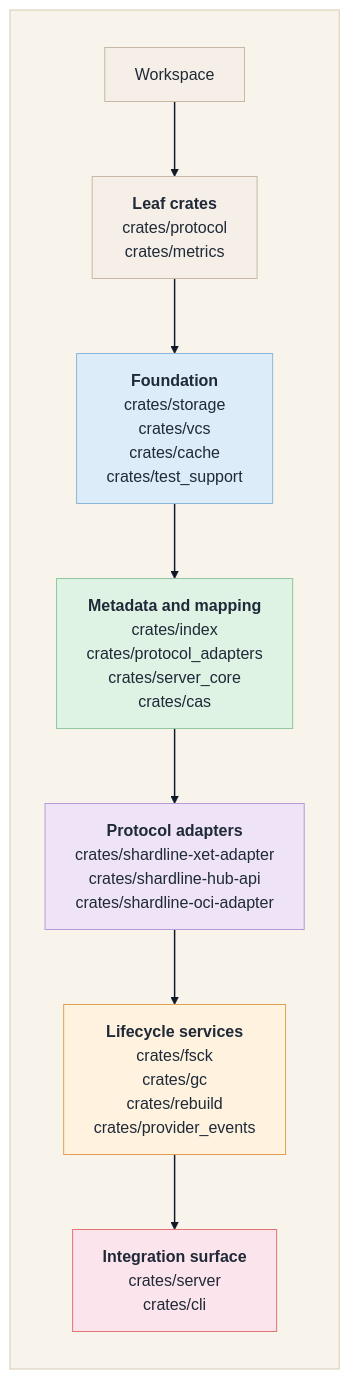
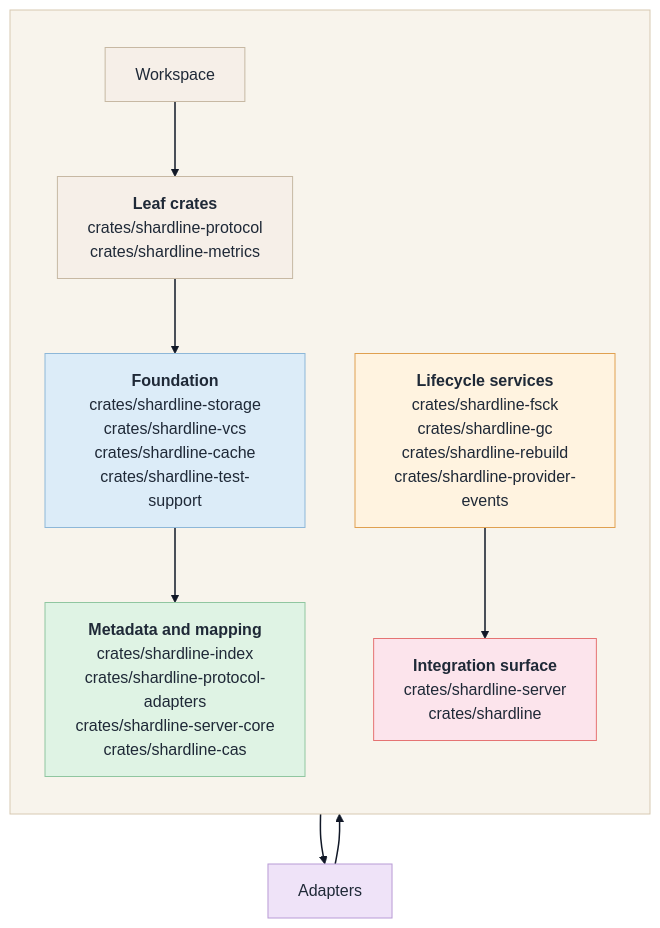
Before and after one commit to STEXS-Technologies/shardline: the fourth of 4 diagrams in docs/ARCHITECTURE.md, drawn with Mermaid (forest theme). The commit also changed 2 other files, not shown here.

Commit message:
chore: add SECURITY.md, CODE_OF_CONDUCT.md, fix remaining crate paths in architecture doc

````diff
--- a/docs/ARCHITECTURE.md
+++ b/docs/ARCHITECTURE.md
@@ -201,37 +201,36 @@
 ```mermaid
 flowchart TD
   subgraph Canvas[ ]
     direction TD
     Workspace[Workspace]
-    Leaf["<b>Leaf crates</b><br/>crates/protocol<br/>crates/metrics"]
-    Foundation["<b>Foundation</b><br/>crates/storage<br/>crates/vcs<br/>crates/cache<br/>crates/test_support"]
-    Middle["<b>Metadata and mapping</b><br/>crates/index<br/>crates/protocol_adapters<br/>crates/server_core<br/>crates/cas"]
-    Adapters["<b>Protocol adapters</b><br/>crates/shardline-xet-adapter<br/>crates/shardline-hub-api<br/>crates/shardline-oci-adapter"]
-    Lifecycle["<b>Lifecycle services</b><br/>crates/fsck<br/>crates/gc<br/>crates/rebuild<br/>crates/provider_events"]
-    Integration["<b>Integration surface</b><br/>crates/server<br/>crates/cli"]
+    Leaf["<b>Leaf crates</b><br/>crates/shardline-protocol<br/>crates/shardline-metrics"]
+    Foundation["<b>Foundation</b><br/>crates/shardline-storage<br/>crates/shardline-vcs<br/>crates/shardline-cache<br/>crates/shardline-test-support"]
+    Middle["<b>Metadata and mapping</b><br/>crates/shardline-index<br/>crates/shardline-protocol-adapters<br/>crates/shardline-server-core<br/>crates/shardline-cas"]
+    Lifecycle["<b>Lifecycle services</b><br/>crates/shardline-fsck<br/>crates/shardline-gc<br/>crates/shardline-rebuild<br/>crates/shardline-provider-events"]
+    Integration["<b>Integration surface</b><br/>crates/shardline-server<br/>crates/shardline"]
   end
 
   Workspace --> Leaf
   Leaf --> Foundation
   Foundation --> Middle
   Middle --> Adapters
   Adapters --> Lifecycle
   Lifecycle --> Integration
 
   classDef root fill:#f6efe8,stroke:#c7b8a3,color:#1f2937;
   classDef leaf fill:#f6efe8,stroke:#c7b8a3,color:#1f2937;
   classDef foundation fill:#dcecf8,stroke:#8db7d8,color:#1f2937;
   classDef middle fill:#dff3e4,stroke:#90c6a0,color:#1f2937;
   classDef adapter fill:#efe3f8,stroke:#b89bd6,color:#1f2937;
   classDef lifecycle fill:#fff3e0,stroke:#e0a050,color:#1f2937;
   classDef integration fill:#fce4ec,stroke:#e57373,color:#1f2937;
   style Canvas fill:#f8f4ec,stroke:#d7c9b2,color:#1f2937;
   class Workspace root;
   class Leaf leaf;
   class Foundation foundation;
   class Middle middle;
   class Adapters adapter;
   class Lifecycle lifecycle;
   class Integration integration;
   linkStyle default stroke:#111827,stroke-width:1.5px;
 ```
````
